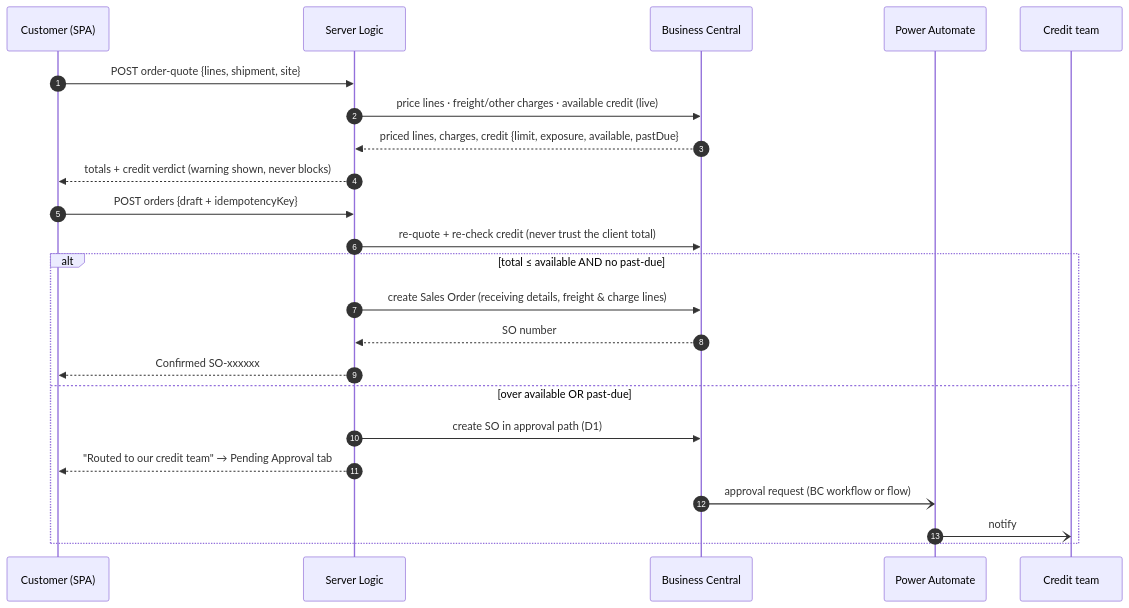
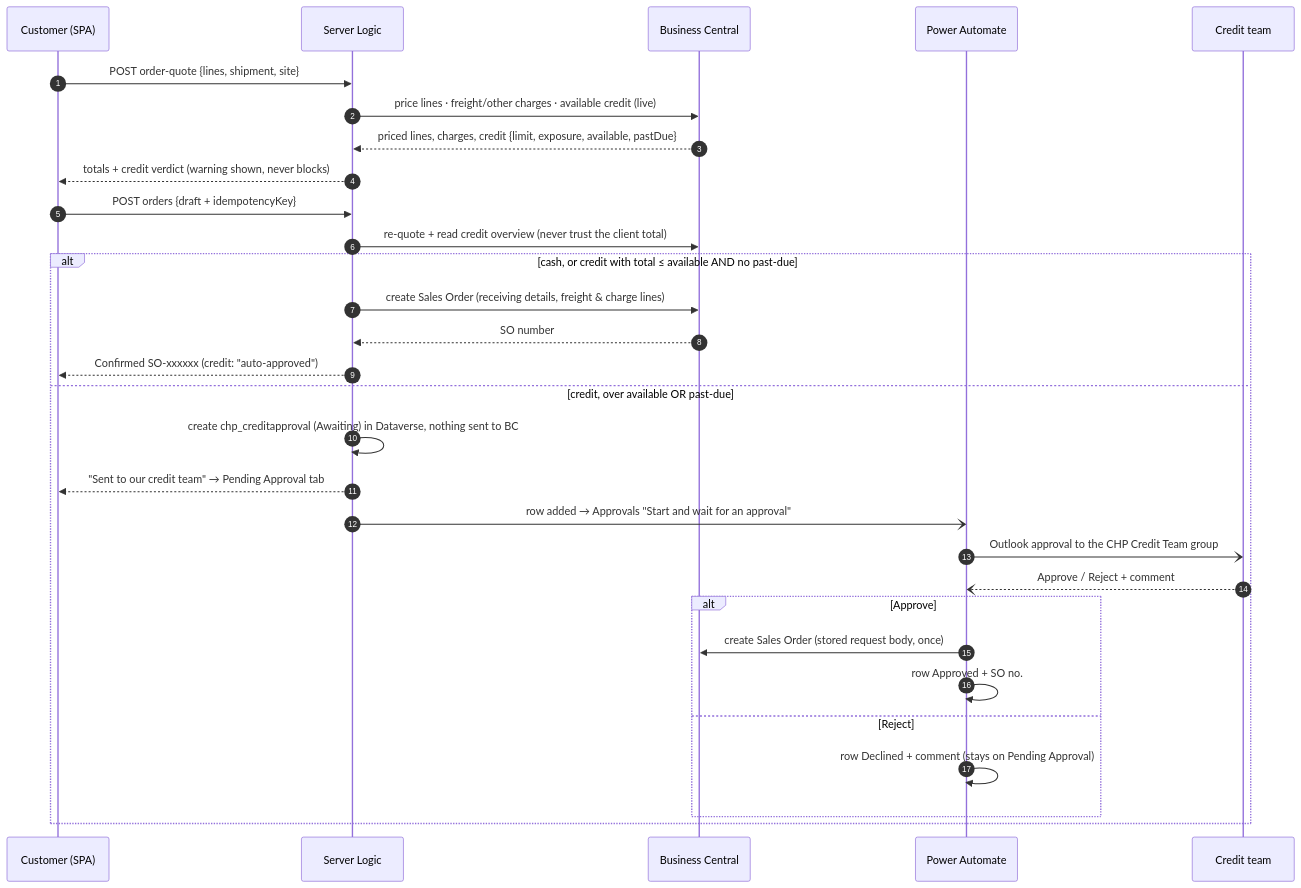
Before and after one commit to Cocong03/chp-portal: the third of 3 diagrams in docs/Concreat_Hub_Architecture.md, drawn with Mermaid. The commit also changed other lines of this file and 1 other file, not shown here.

Commit message:
S3-04/S3-11: architecture D1 decided (Dataverse + Power Automate Approvals), plan status

````diff
--- a/docs/Concreat_Hub_Architecture.md
+++ b/docs/Concreat_Hub_Architecture.md
@@ -226,25 +226,32 @@
 ```mermaid
 sequenceDiagram
   autonumber
   participant U as Customer (SPA)
   participant SL as Server Logic
   participant BC as Business Central
   participant PA as Power Automate
   participant CR as Credit team
   U->>SL: POST order-quote {lines, shipment, site}
   SL->>BC: price lines · freight/other charges · available credit (live)
   BC-->>SL: priced lines, charges, credit {limit, exposure, available, pastDue}
   SL-->>U: totals + credit verdict (warning shown, never blocks)
   U->>SL: POST orders {draft + idempotencyKey}
-  SL->>BC: re-quote + re-check credit (never trust the client total)
-  alt total ≤ available AND no past-due
+  SL->>BC: re-quote + read credit overview (never trust the client total)
+  alt cash, or credit with total ≤ available AND no past-due
     SL->>BC: create Sales Order (receiving details, freight & charge lines)
     BC-->>SL: SO number
-    SL-->>U: Confirmed SO-xxxxxx
-  else over available OR past-due
-    SL->>BC: create SO in approval path (D1)
-    SL-->>U: "Routed to our credit team" → Pending Approval tab
-    BC-)PA: approval request (BC workflow or flow)
-    PA-)CR: notify
+    SL-->>U: Confirmed SO-xxxxxx (credit: "auto-approved")
+  else credit, over available OR past-due
+    SL->>SL: create chp_creditapproval (Awaiting) in Dataverse, nothing sent to BC
+    SL-->>U: "Sent to our credit team" → Pending Approval tab
+    SL-)PA: row added → Approvals "Start and wait for an approval"
+    PA-)CR: Outlook approval to the CHP Credit Team group
+    CR--)PA: Approve / Reject + comment
+    alt Approve
+      PA->>BC: create Sales Order (stored request body, once)
+      PA->>PA: row Approved + SO no.
+    else Reject
+      PA->>PA: row Declined + comment (stays on Pending Approval)
+    end
   end
 ```
````
